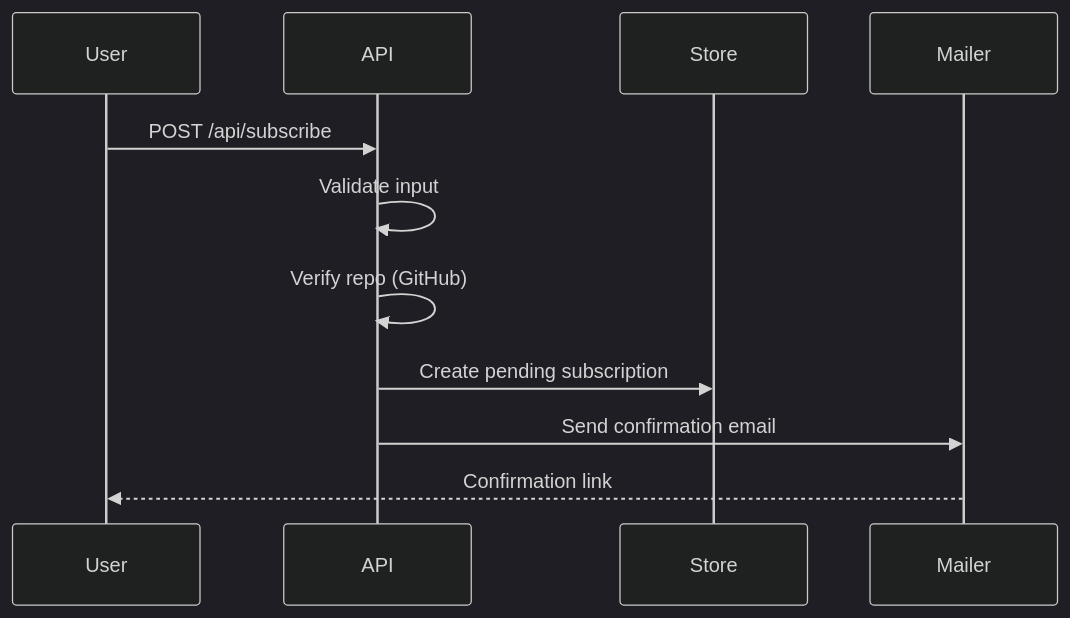
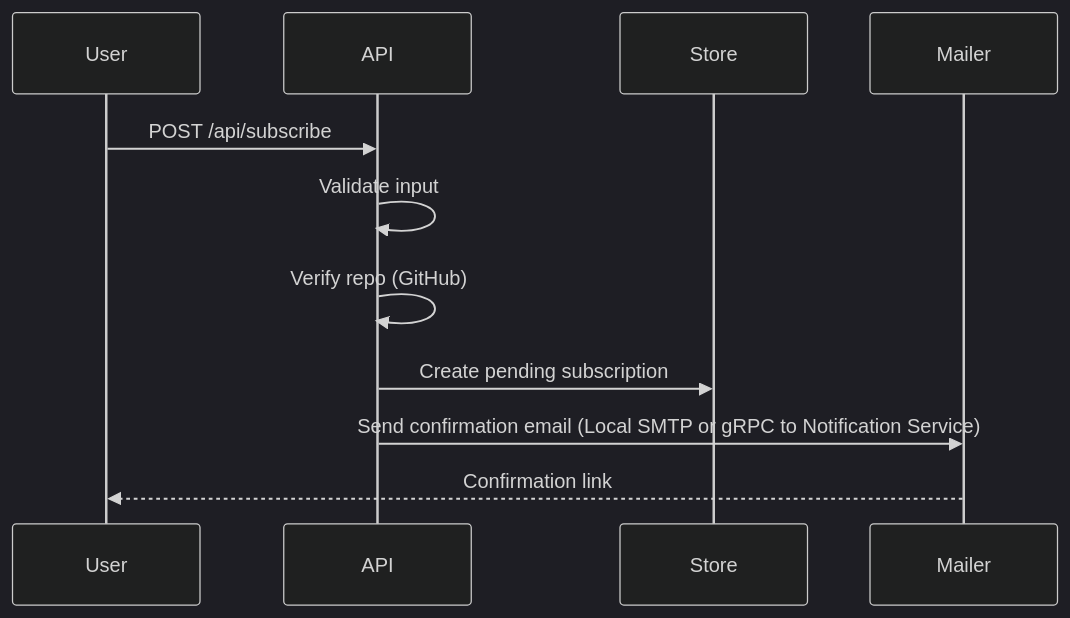
The second of 4 diagrams in docs/architecture.md (GenesisEducationKyiv/software-engineering-school-6-0-RainbowHawk1993), drawn with Mermaid (dark theme) before and after one commit. The commit also changed other lines of this file and 23 other files, not shown here.

Commit message:
feat: implement gRPC-based mail verification service and update service infrastructure

````diff
--- a/docs/architecture.md
+++ b/docs/architecture.md
@@ -79,14 +81,14 @@
 ```mermaid
 sequenceDiagram
     participant User
     participant API
     participant Store
     participant Mailer
 
     User->>API: POST /api/subscribe
     API->>API: Validate input
     API->>API: Verify repo (GitHub)
     API->>Store: Create pending subscription
-    API->>Mailer: Send confirmation email
+    API->>Mailer: Send confirmation email (Local SMTP or gRPC to Notification Service)
     Mailer-->>User: Confirmation link
 ```
````
